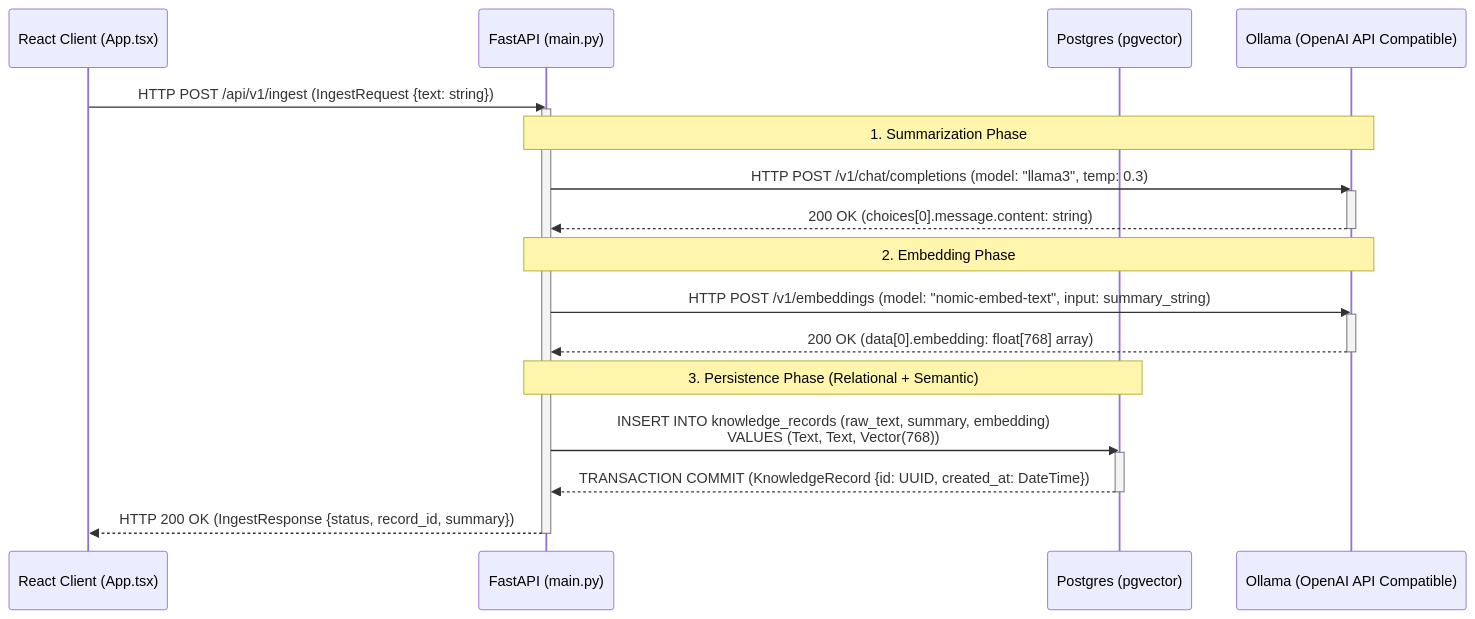
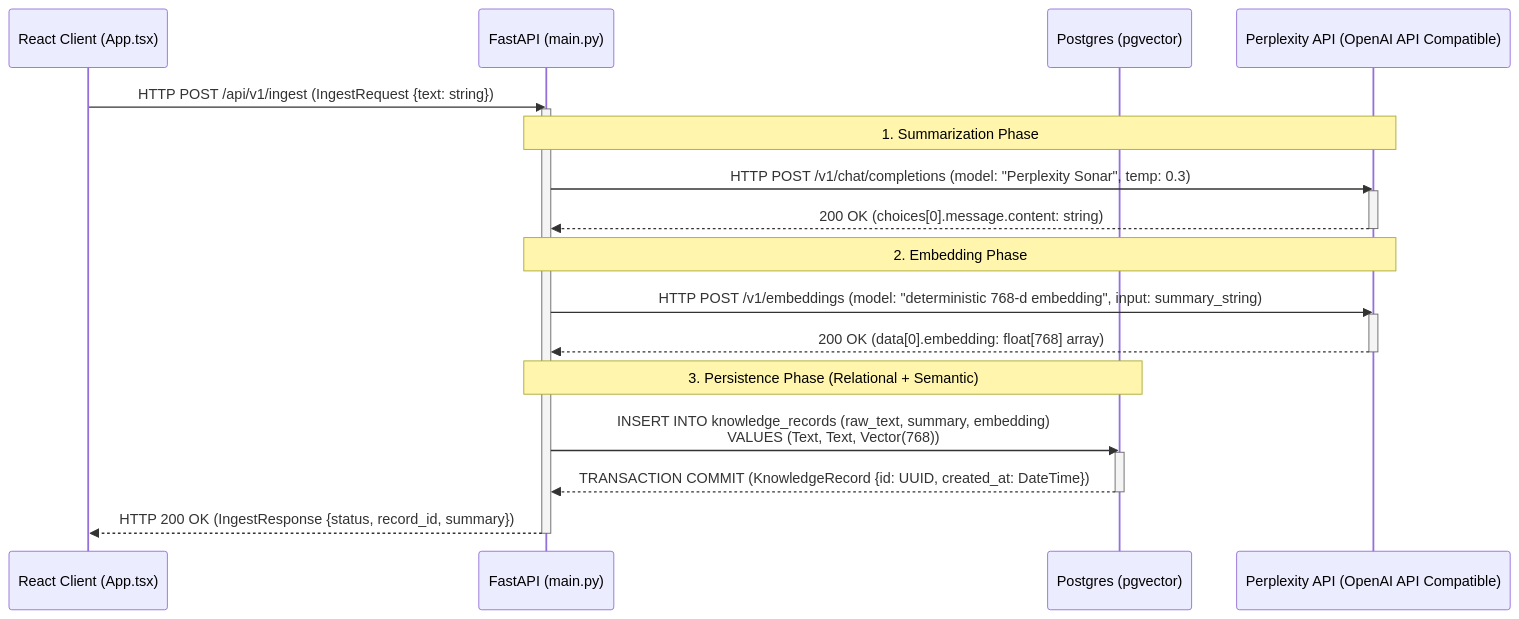
One commit to DontSpillTheTea/ShizenAI changed the second of 3 diagrams in docs/phase1_architecture.md. Above: the diagram before and after it, drawn with Mermaid. The commit also changed other lines of this file and 16 other files, not shown here.

First line of the commit message:
refactor(runtime): remove all Ollama dependencies and standardize on Perplexity

````diff
--- a/docs/phase1_architecture.md
+++ b/docs/phase1_architecture.md
@@ -44,31 +44,31 @@
 ```mermaid
 sequenceDiagram
     participant UI as React Client (App.tsx)
     participant API as FastAPI (main.py)
     participant DB as Postgres (pgvector)
-    participant LLM as Ollama (OpenAI API Compatible)
+    participant LLM as Perplexity API (OpenAI API Compatible)
 
     UI->>API: HTTP POST /api/v1/ingest (IngestRequest {text: string})
     activate API
     
     Note over API, LLM: 1. Summarization Phase
-    API->>LLM: HTTP POST /v1/chat/completions (model: "llama3", temp: 0.3)
+    API->>LLM: HTTP POST /v1/chat/completions (model: "Perplexity Sonar", temp: 0.3)
     activate LLM
     LLM-->>API: 200 OK (choices[0].message.content: string)
     deactivate LLM
     
     Note over API, LLM: 2. Embedding Phase
-    API->>LLM: HTTP POST /v1/embeddings (model: "nomic-embed-text", input: summary_string)
+    API->>LLM: HTTP POST /v1/embeddings (model: "deterministic 768-d embedding", input: summary_string)
     activate LLM
     LLM-->>API: 200 OK (data[0].embedding: float[768] array)
     deactivate LLM
     
     Note over API, DB: 3. Persistence Phase (Relational + Semantic)
     API->>DB: INSERT INTO knowledge_records (raw_text, summary, embedding)<br/>VALUES (Text, Text, Vector(768))
     activate DB
     DB-->>API: TRANSACTION COMMIT (KnowledgeRecord {id: UUID, created_at: DateTime})
     deactivate DB
     
     API-->>UI: HTTP 200 OK (IngestResponse {status, record_id, summary})
     deactivate API
 ```
````
